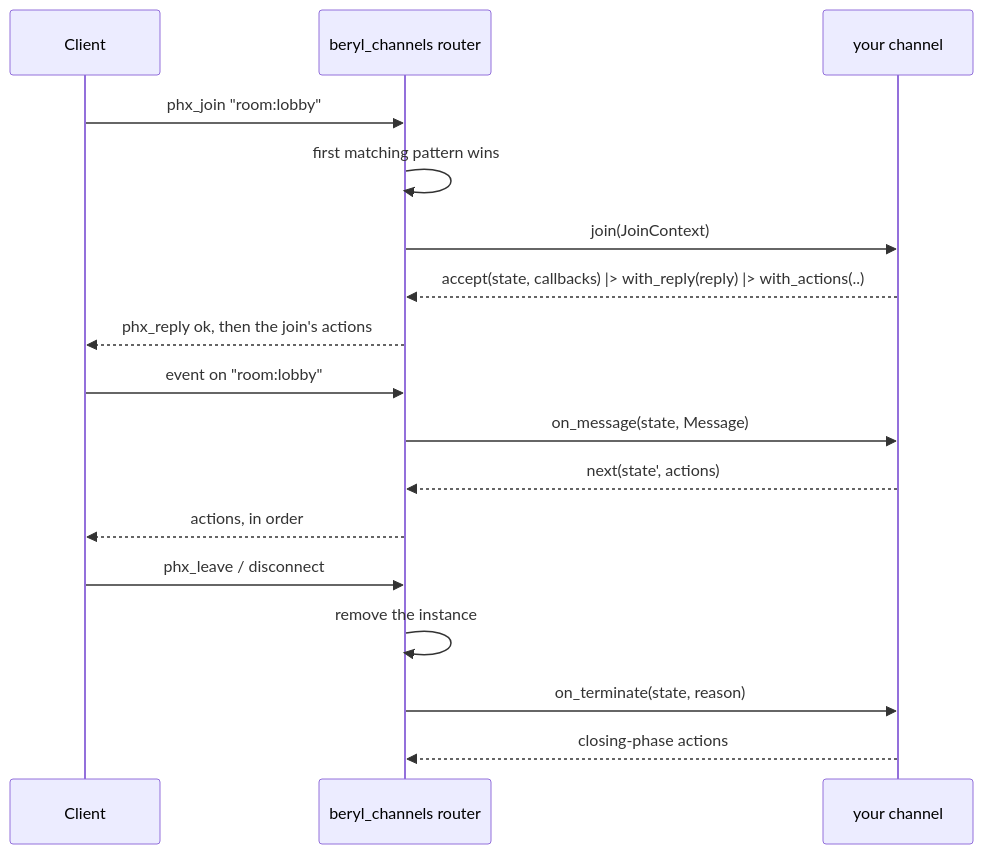
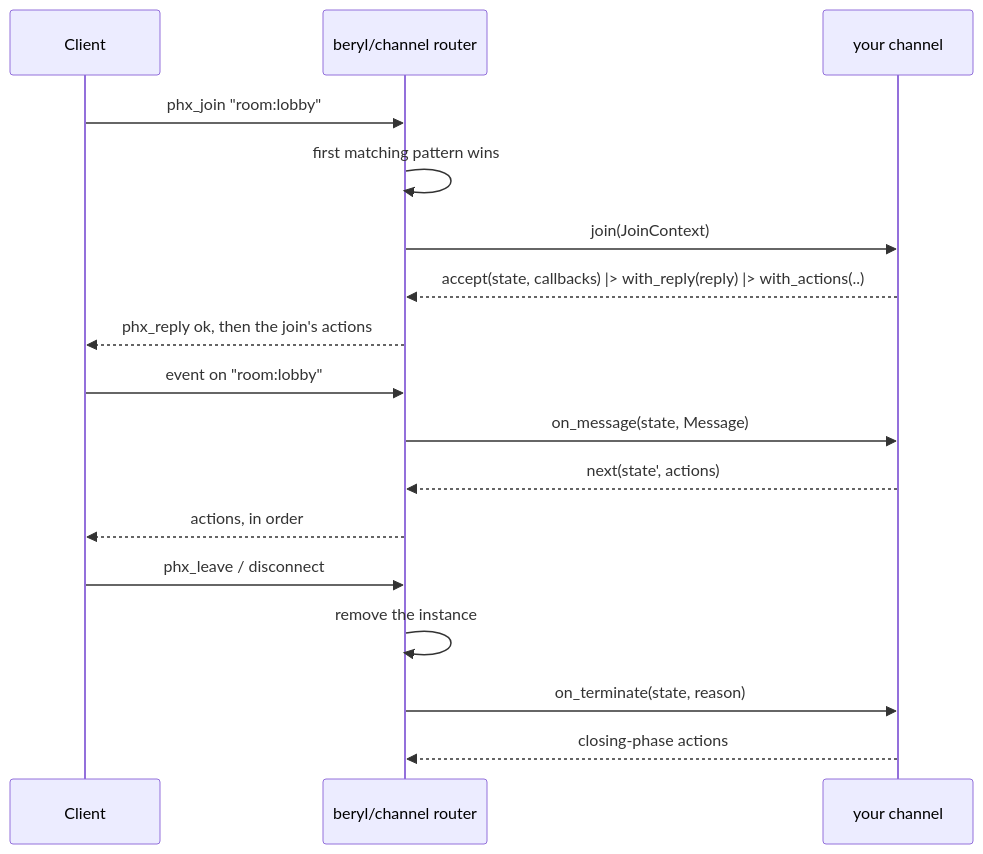
The diagram in website/src/content/docs/guides/channels.md (tylerbutler/beryl), drawn with Mermaid before and after one commit. The commit also changed other lines of this file and 91 other files, not shown here.

First line of the commit message:
refactor(channel): merge channels into core

````diff
--- a/website/src/content/docs/guides/channels.md
+++ b/website/src/content/docs/guides/channels.md
@@ -489,19 +479,19 @@
 ```mermaid
 sequenceDiagram
   participant Client
-  participant Router as beryl_channels router
+  participant Router as beryl/channel router
   participant Ch as your channel
   Client->>Router: phx_join "room:lobby"
   Router->>Router: first matching pattern wins
   Router->>Ch: join(JoinContext)
   Ch-->>Router: accept(state, callbacks) |> with_reply(reply) |> with_actions(..)
   Router-->>Client: phx_reply ok, then the join's actions
   Client->>Router: event on "room:lobby"
   Router->>Ch: on_message(state, Message)
   Ch-->>Router: next(state', actions)
   Router-->>Client: actions, in order
   Client->>Router: phx_leave / disconnect
   Router->>Router: remove the instance
   Router->>Ch: on_terminate(state, reason)
   Ch-->>Router: closing-phase actions
 ```
````
